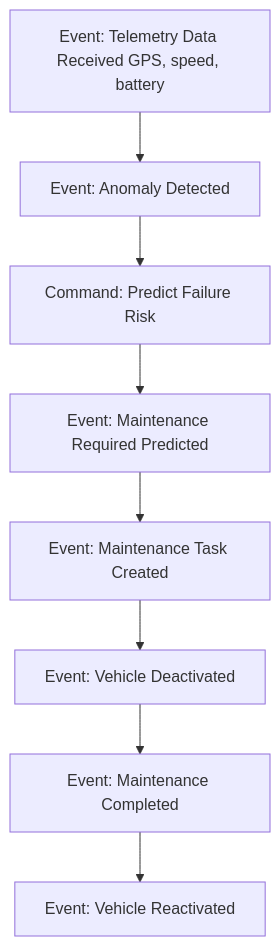
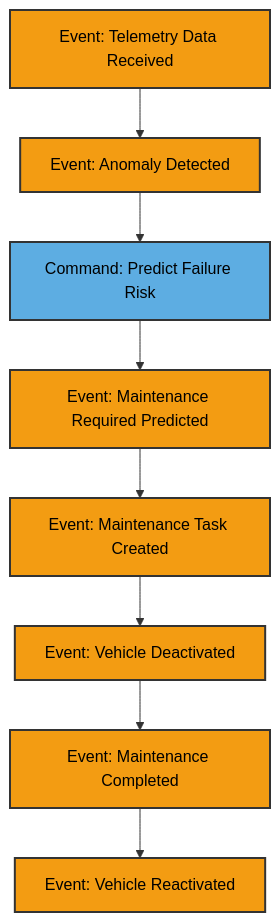
Before and after one commit to SumoSumir/kata-na: the eighth of 10 diagrams in EVENT_STORMING.md, drawn with Mermaid. The commit also changed other lines of this file and 4 other files, not shown here.

````diff
--- a/EVENT_STORMING.md
+++ b/EVENT_STORMING.md
@@ -140,10 +219,19 @@
 ```mermaid
 graph TD
-    E1[Event: Telemetry Data Received GPS, speed, battery] --> E2[Event: Anomaly Detected]
+    E1[Event: Telemetry Data Received] --> E2[Event: Anomaly Detected]
     E2 --> CMD1[Command: Predict Failure Risk]
     CMD1 --> E3[Event: Maintenance Required Predicted]
     E3 --> E4[Event: Maintenance Task Created]
     E4 --> E5[Event: Vehicle Deactivated]
     E5 --> E6[Event: Maintenance Completed]
     E6 --> E7[Event: Vehicle Reactivated]
+    
+    style E1 fill:#F39C12,stroke:#333,stroke-width:2px,color:#000
+    style E2 fill:#F39C12,stroke:#333,stroke-width:2px,color:#000
+    style CMD1 fill:#5DADE2,stroke:#333,stroke-width:2px,color:#000
+    style E3 fill:#F39C12,stroke:#333,stroke-width:2px,color:#000
+    style E4 fill:#F39C12,stroke:#333,stroke-width:2px,color:#000
+    style E5 fill:#F39C12,stroke:#333,stroke-width:2px,color:#000
+    style E6 fill:#F39C12,stroke:#333,stroke-width:2px,color:#000
+    style E7 fill:#F39C12,stroke:#333,stroke-width:2px,color:#000
 ```
````
